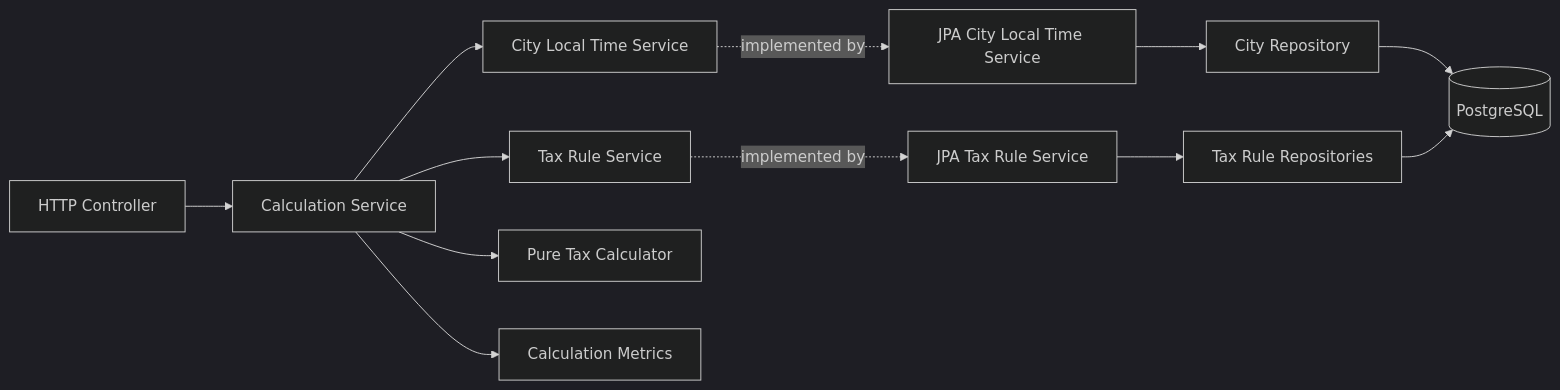
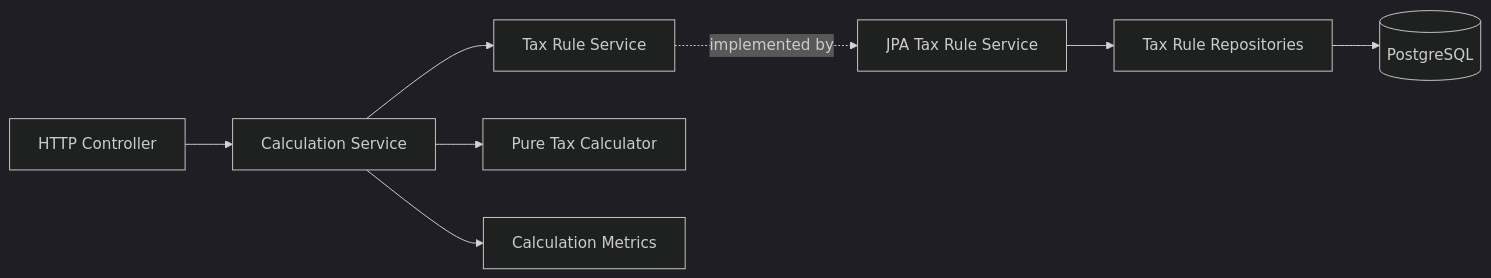
The diagram in docs/design/architecture.md (igrgin/congestion-tax-calculator), drawn with Mermaid (dark theme) before and after one commit. The commit also changed other lines of this file and 42 other files, not shown here.

Commit message:
#3 Accept City Local Time passages

````diff
--- a/docs/design/architecture.md
+++ b/docs/design/architecture.md
@@ -7,17 +7,13 @@
 ```mermaid
 flowchart LR
     API["HTTP Controller"] --> APP["Calculation Service"]
-    APP --> LOCAL["City Local Time Service"]
     APP --> RULE["Tax Rule Service"]
     APP --> CALC["Pure Tax Calculator"]
     APP --> METRICS["Calculation Metrics"]
 
-    LOCAL -. "implemented by" .-> LOCAL_JPA["JPA City Local Time Service"]
     RULE -. "implemented by" .-> RULE_JPA["JPA Tax Rule Service"]
 
-    LOCAL_JPA --> CITY_REPO["City Repository"]
     RULE_JPA --> RULE_REPO["Tax Rule Repositories"]
 
-    CITY_REPO --> DB[("PostgreSQL")]
-    RULE_REPO --> DB
+    RULE_REPO --> DB[("PostgreSQL")]
 ```
````
